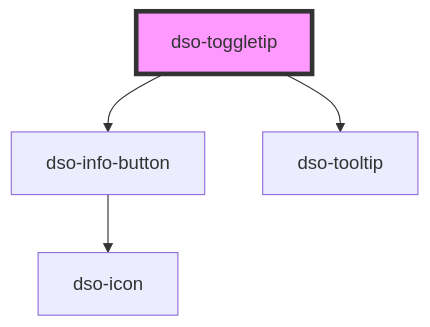
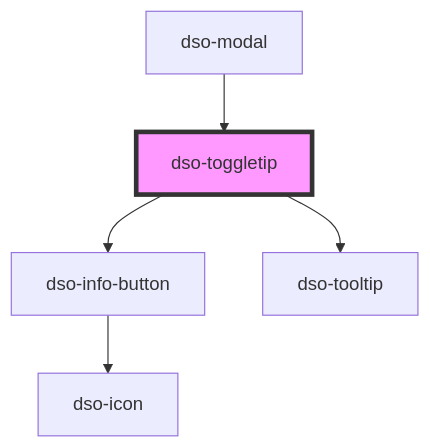
One commit to dso-toolkit/dso-toolkit changed the diagram in packages/core/src/components/toggletip/readme.md. Above: the diagram before and after it, drawn with Mermaid. The commit also changed other lines of this file and 4 other files, not shown here.

````diff
--- a/packages/core/src/components/toggletip/readme.md
+++ b/packages/core/src/components/toggletip/readme.md
@@ -24,7 +28,8 @@
 ```mermaid
 graph TD;
   dso-toggletip --> dso-info-button
   dso-toggletip --> dso-tooltip
   dso-info-button --> dso-icon
+  dso-modal --> dso-toggletip
   style dso-toggletip fill:#f9f,stroke:#333,stroke-width:4px
 ```
````
